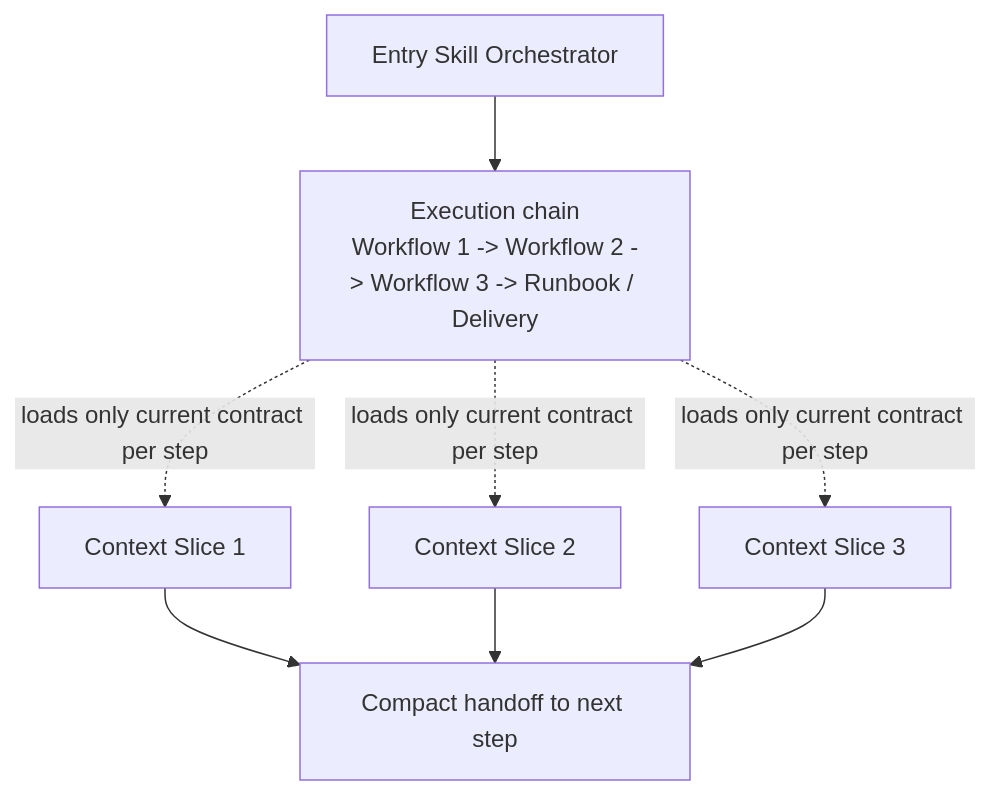
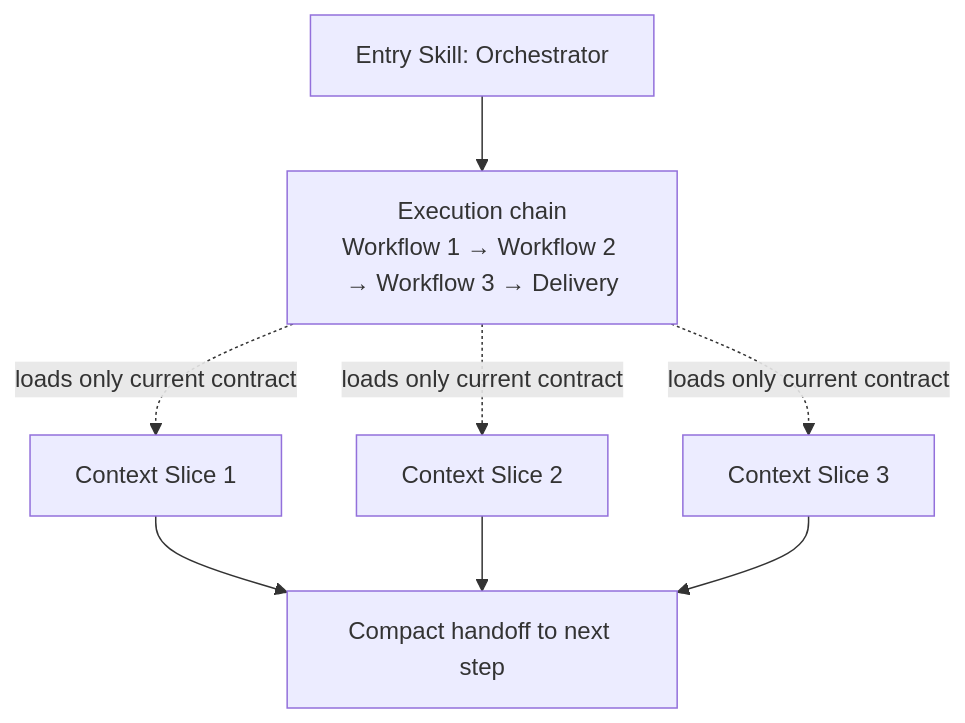
The diagram in README.md (devton/agentic-workflow-blueprint), drawn with Mermaid before and after one commit. The commit also changed other lines of this file, not shown here.

````diff
--- a/README.md
+++ b/README.md
@@ -8,12 +56,12 @@
 ```mermaid
 flowchart TD
-    A[Entry Skill Orchestrator] --> B["Execution chain<br/>Workflow 1 -> Workflow 2 -> Workflow 3 -> Runbook / Delivery"]
+    A[Entry Skill: Orchestrator] --> B["Execution chain<br/>Workflow 1 → Workflow 2 → Workflow 3 → Delivery"]
 
-    B -. loads only current contract per step .-> C[Context Slice 1]
-    B -. loads only current contract per step .-> D[Context Slice 2]
-    B -. loads only current contract per step .-> E[Context Slice 3]
+    B -. "loads only current contract" .-> C[Context Slice 1]
+    B -. "loads only current contract" .-> D[Context Slice 2]
+    B -. "loads only current contract" .-> E[Context Slice 3]
 
     C --> F[Compact handoff to next step]
     D --> F
     E --> F
 ```
````
